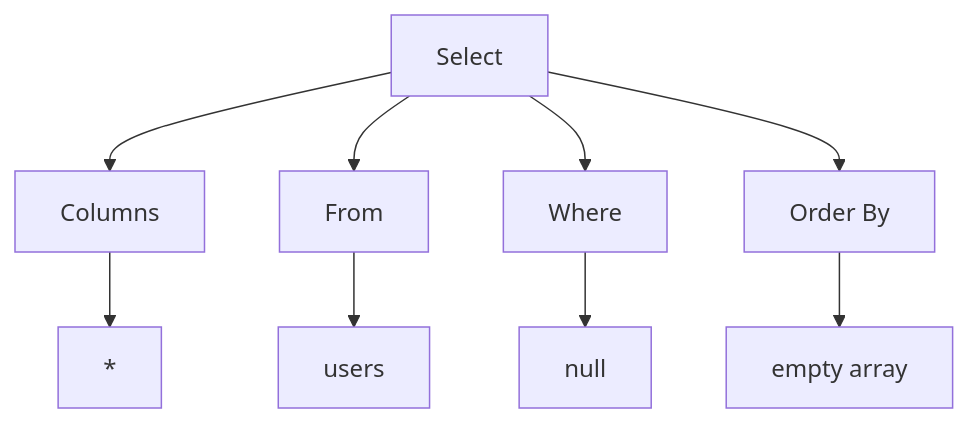
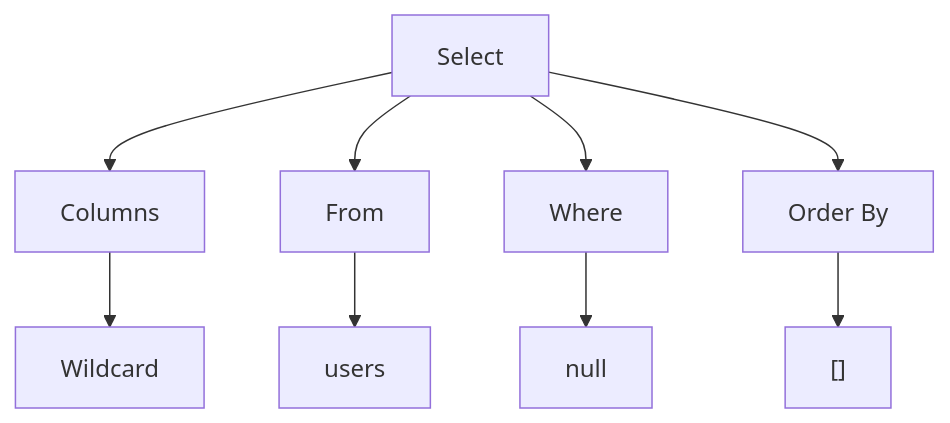
The second of 16 diagrams in engineer/cs/simple-csv-query-tool/timelines/week_2/testcase.md (TickLabVN/challenges), drawn with Mermaid before and after one commit. The commit also changed other lines of this file, not shown here.

````diff
--- a/engineer/cs/simple-csv-query-tool/timelines/week_2/testcase.md
+++ b/engineer/cs/simple-csv-query-tool/timelines/week_2/testcase.md
@@ -53,13 +53,13 @@
 ```mermaid
 flowchart TD
     S[Select]
     S --> C[Columns]
     S --> F[From]
     S --> W[Where]
     S --> O[Order By]
 
-    C --> WC[*]
+    C --> WC[Wildcard]
     F --> USERS[users]
     W --> NONE[null]
-    O --> EMPTY[empty array]
+    O --> EMPTY["[]"]
 ```
````
